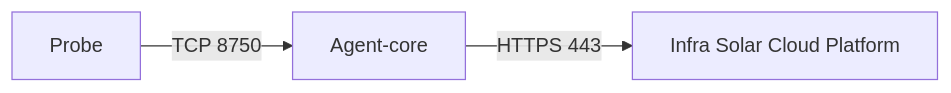
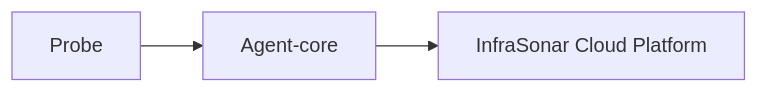
The diagram in docs/documentation/collectors/probes/index.md (infrasonar/docs), drawn with Mermaid before and after one commit. The commit also changed other lines of this file and 34 other files, not shown here.

````diff
--- a/docs/documentation/collectors/probes/index.md
+++ b/docs/documentation/collectors/probes/index.md
@@ -26,4 +26,4 @@
 ``` mermaid
 graph LR
-  probe[Probe] --> | TCP 8750 | Agentcore[Agent-core] --> | HTTPS 443 | infrasonarcloud[Infra Solar Cloud Platform];
+  probe[Probe] --> Agentcore[Agent-core] --> infrasonarcloud[InfraSonar Cloud Platform];
 ```
````
